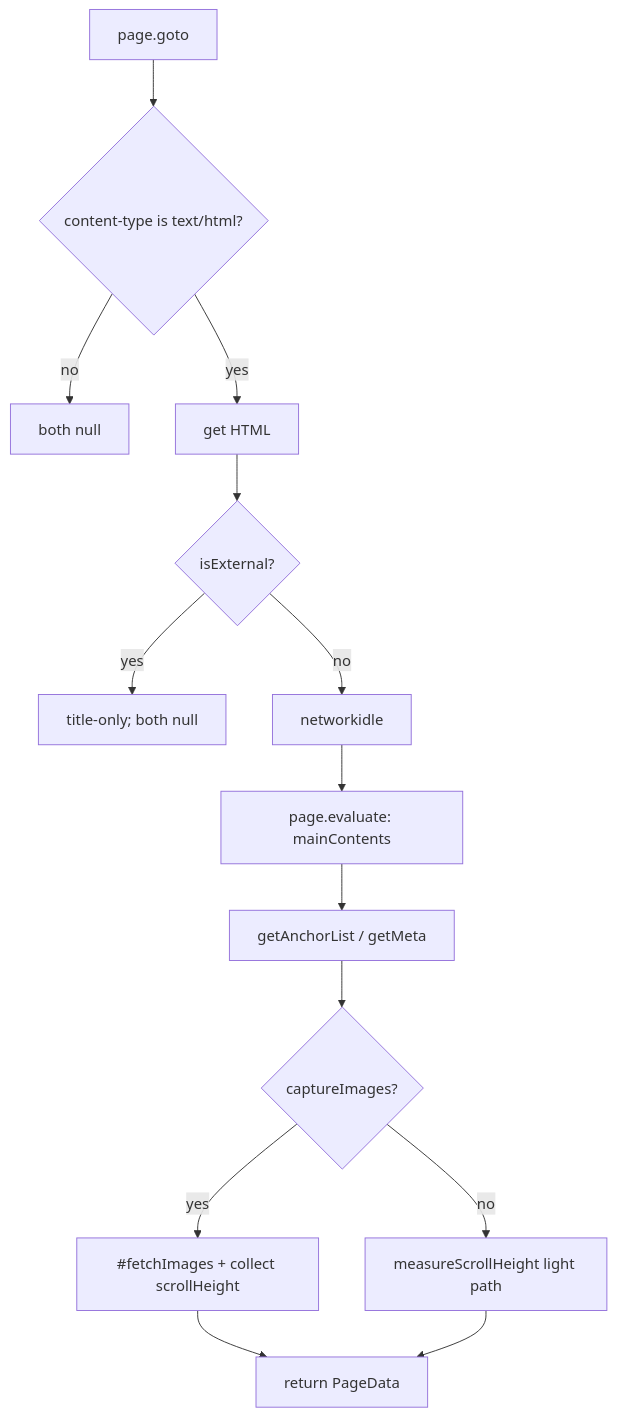
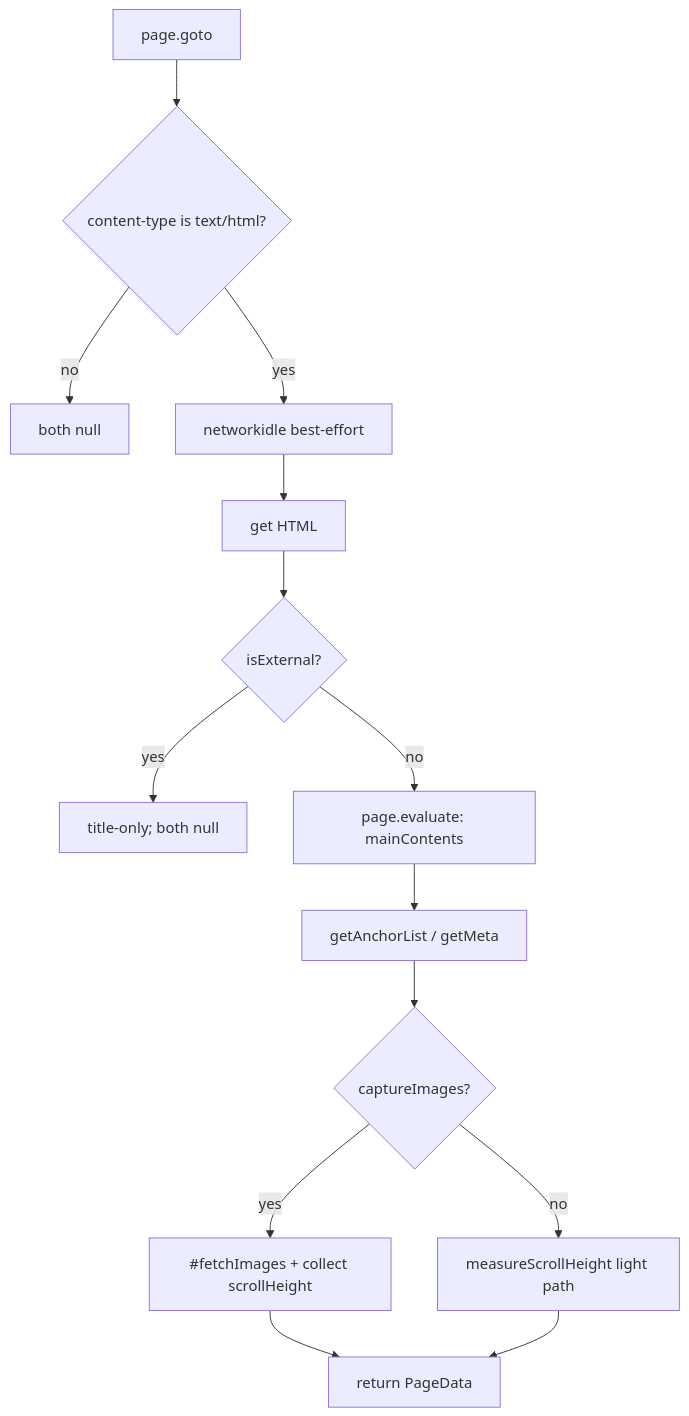
The diagram in packages/@d-zero/beholder/README.md (d-zero-dev/tools), drawn with Mermaid before and after one commit. The commit also changed other lines of this file and 6 other files, not shown here.

First line of the commit message:
fix(beholder): wait for network idle before HTML snapshot

````diff
--- a/packages/@d-zero/beholder/README.md
+++ b/packages/@d-zero/beholder/README.md
@@ -40,24 +42,24 @@
 ```mermaid
 flowchart TD
   goto[page.goto]
   ct{content-type is text/html?}
   early[both null]
+  idle["networkidle best-effort"]
   html[get HTML]
   ext{isExternal?}
   extOut[title-only; both null]
-  idle[networkidle]
   mc["page.evaluate: mainContents"]
   anchors[getAnchorList / getMeta]
   imgs{captureImages?}
   fetchImg["#fetchImages + collect scrollHeight"]
   light["measureScrollHeight light path"]
   done[return PageData]
 
   goto --> ct
   ct -->|no| early
-  ct -->|yes| html --> ext
+  ct -->|yes| idle --> html --> ext
   ext -->|yes| extOut
-  ext -->|no| idle --> mc --> anchors --> imgs
+  ext -->|no| mc --> anchors --> imgs
   imgs -->|yes| fetchImg --> done
   imgs -->|no| light --> done
 ```
````
